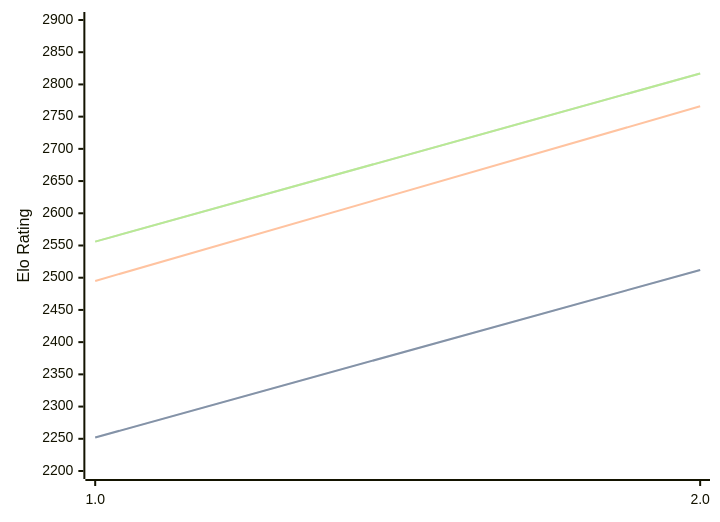
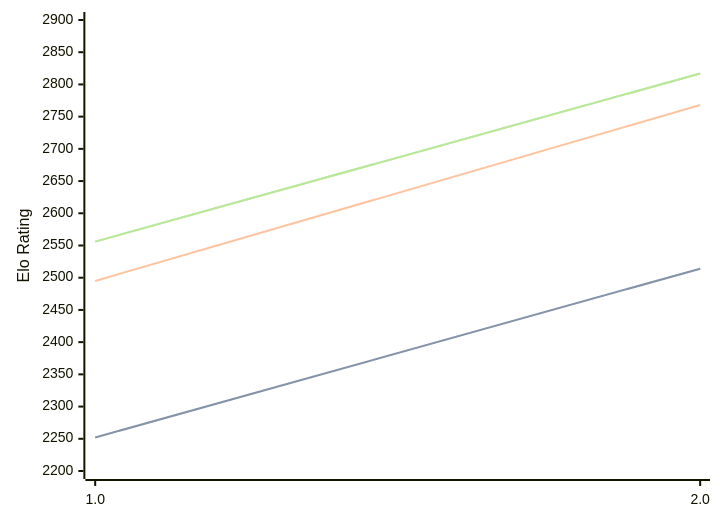
Before and after one commit to computer-chess-index/cci: the diagram in engines/Revolver.md, drawn with Mermaid. The commit also changed other lines of this file, not shown here.

````diff
--- a/engines/Revolver.md
+++ b/engines/Revolver.md
@@ -32,11 +32,11 @@
 ```mermaid
 %%{init: {"theme":"base","themeVariables":{"seriesColors:['#a3a3a3','#222221','#faa371']}}}%%
 xychart-beta
   x-axis ["1.0", "2.0"]
   y-axis "Elo Rating" 2200 --> 2900
-  line "STC (8.0+0.08s)" [2252, 2512]
-  line "STC (8.0+0.08s)" [2252, 2512]
-  line "LTC (60.0+0.60s)" [2495, 2766]
+  line "STC (8.0+0.08s)" [2252, 2514]
+  line "STC (8.0+0.08s)" [2252, 2514]
+  line "LTC (60.0+0.60s)" [2495, 2768]
   line "VLTC (2m24s+1.12s)" [2556, 2817]
   line "VLTC (2m24s+1.12s)" [2556, 2817]
 ```
````
